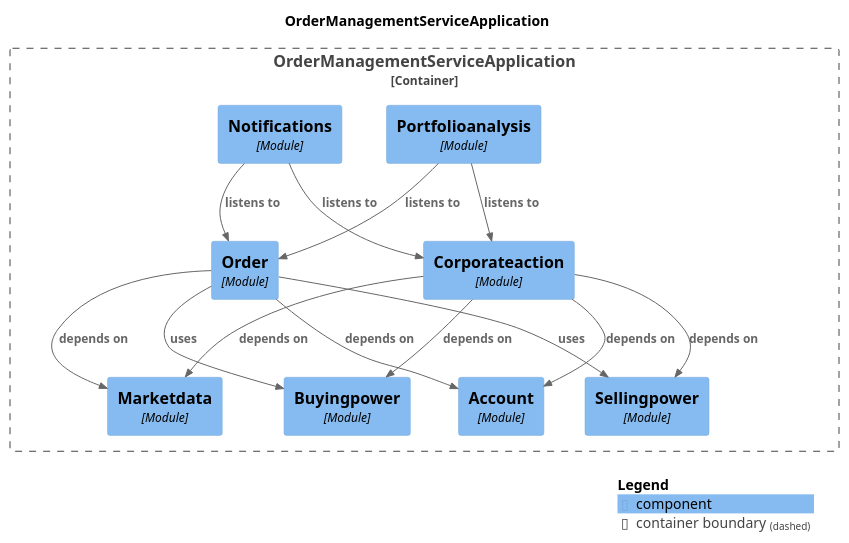
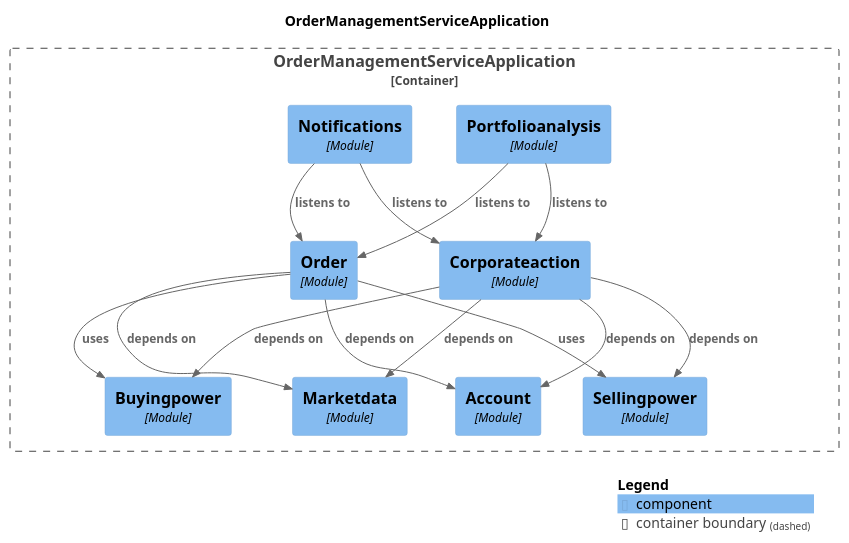
Before and after one commit to NosearY/order-management-service-reference-implementation: the diagram in static/spring-modulith-docs/components.puml, drawn with PlantUML. The commit also changed other lines of this file and 97 other files, not shown here.

```diff
--- a/static/spring-modulith-docs/components.puml
+++ b/static/spring-modulith-docs/components.puml
@@ -1,36 +1,36 @@
 @startuml
 set separator none
 title OrderManagementServiceApplication
 
 top to bottom direction
 
 !include <C4/C4>
 !include <C4/C4_Context>
 !include <C4/C4_Component>
 
 Container_Boundary("OrderManagementServiceApplication.OrderManagementServiceApplication_boundary", "OrderManagementServiceApplication", $tags="") {
   Component(OrderManagementServiceApplication.OrderManagementServiceApplication.Order, "Order", $techn="Module", $descr="", $tags="", $link="")
   Component(OrderManagementServiceApplication.OrderManagementServiceApplication.Portfolioanalysis, "Portfolioanalysis", $techn="Module", $descr="", $tags="", $link="")
   Component(OrderManagementServiceApplication.OrderManagementServiceApplication.Corporateaction, "Corporateaction", $techn="Module", $descr="", $tags="", $link="")
+  Component(OrderManagementServiceApplication.OrderManagementServiceApplication.Marketdata, "Marketdata", $techn="Module", $descr="", $tags="", $link="")
   Component(OrderManagementServiceApplication.OrderManagementServiceApplication.Buyingpower, "Buyingpower", $techn="Module", $descr="", $tags="", $link="")
-  Component(OrderManagementServiceApplication.OrderManagementServiceApplication.Marketdata, "Marketdata", $techn="Module", $descr="", $tags="", $link="")
   Component(OrderManagementServiceApplication.OrderManagementServiceApplication.Sellingpower, "Sellingpower", $techn="Module", $descr="", $tags="", $link="")
   Component(OrderManagementServiceApplication.OrderManagementServiceApplication.Notifications, "Notifications", $techn="Module", $descr="", $tags="", $link="")
   Component(OrderManagementServiceApplication.OrderManagementServiceApplication.Account, "Account", $techn="Module", $descr="", $tags="", $link="")
 }
 
-Rel(OrderManagementServiceApplication.OrderManagementServiceApplication.Notifications, OrderManagementServiceApplication.OrderManagementServiceApplication.Corporateaction, "listens to", $techn="", $tags="", $link="")
-Rel(OrderManagementServiceApplication.OrderManagementServiceApplication.Notifications, OrderManagementServiceApplication.OrderManagementServiceApplication.Order, "listens to", $techn="", $tags="", $link="")
 Rel(OrderManagementServiceApplication.OrderManagementServiceApplication.Corporateaction, OrderManagementServiceApplication.OrderManagementServiceApplication.Marketdata, "depends on", $techn="", $tags="", $link="")
 Rel(OrderManagementServiceApplication.OrderManagementServiceApplication.Corporateaction, OrderManagementServiceApplication.OrderManagementServiceApplication.Account, "depends on", $techn="", $tags="", $link="")
 Rel(OrderManagementServiceApplication.OrderManagementServiceApplication.Corporateaction, OrderManagementServiceApplication.OrderManagementServiceApplication.Buyingpower, "depends on", $techn="", $tags="", $link="")
 Rel(OrderManagementServiceApplication.OrderManagementServiceApplication.Corporateaction, OrderManagementServiceApplication.OrderManagementServiceApplication.Sellingpower, "depends on", $techn="", $tags="", $link="")
+Rel(OrderManagementServiceApplication.OrderManagementServiceApplication.Order, OrderManagementServiceApplication.OrderManagementServiceApplication.Marketdata, "depends on", $techn="", $tags="", $link="")
 Rel(OrderManagementServiceApplication.OrderManagementServiceApplication.Order, OrderManagementServiceApplication.OrderManagementServiceApplication.Account, "depends on", $techn="", $tags="", $link="")
-Rel(OrderManagementServiceApplication.OrderManagementServiceApplication.Order, OrderManagementServiceApplication.OrderManagementServiceApplication.Marketdata, "depends on", $techn="", $tags="", $link="")
 Rel(OrderManagementServiceApplication.OrderManagementServiceApplication.Order, OrderManagementServiceApplication.OrderManagementServiceApplication.Buyingpower, "uses", $techn="", $tags="", $link="")
 Rel(OrderManagementServiceApplication.OrderManagementServiceApplication.Order, OrderManagementServiceApplication.OrderManagementServiceApplication.Sellingpower, "uses", $techn="", $tags="", $link="")
+Rel(OrderManagementServiceApplication.OrderManagementServiceApplication.Notifications, OrderManagementServiceApplication.OrderManagementServiceApplication.Corporateaction, "listens to", $techn="", $tags="", $link="")
+Rel(OrderManagementServiceApplication.OrderManagementServiceApplication.Notifications, OrderManagementServiceApplication.OrderManagementServiceApplication.Order, "listens to", $techn="", $tags="", $link="")
 Rel(OrderManagementServiceApplication.OrderManagementServiceApplication.Portfolioanalysis, OrderManagementServiceApplication.OrderManagementServiceApplication.Corporateaction, "listens to", $techn="", $tags="", $link="")
 Rel(OrderManagementServiceApplication.OrderManagementServiceApplication.Portfolioanalysis, OrderManagementServiceApplication.OrderManagementServiceApplication.Order, "listens to", $techn="", $tags="", $link="")
 
 SHOW_LEGEND(true)
 @enduml
```
